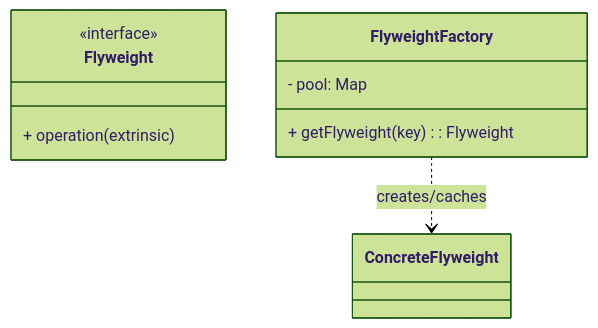
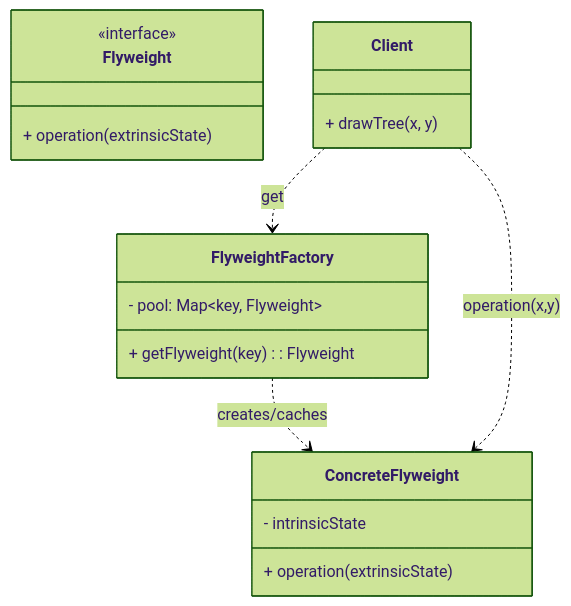
One commit to tghrxxxyyy/knowledge-base changed the diagram in 设计模式/结构型/享元模式.md. Above: the diagram before and after it, drawn with Mermaid (forest theme). The commit also changed other lines of this file and 101 other files, not shown here.

````diff
--- a/设计模式/结构型/享元模式.md
+++ b/设计模式/结构型/享元模式.md
@@ -10,13 +13,21 @@
 ```mermaid
 classDiagram
     class Flyweight {
         <<interface>>
-        + operation(extrinsic)
+        + operation(extrinsicState)
     }
-    class ConcreteFlyweight
+    class ConcreteFlyweight {
+        - intrinsicState
+        + operation(extrinsicState)
+    }
     class FlyweightFactory {
-        - pool: Map
+        - pool: Map~key, Flyweight~
         + getFlyweight(key): Flyweight
     }
     FlyweightFactory ..> ConcreteFlyweight : creates/caches
+    class Client {
+        + drawTree(x, y)
+    }
+    Client ..> FlyweightFactory : get
+    Client ..> ConcreteFlyweight : operation(x,y)
 ```
````
